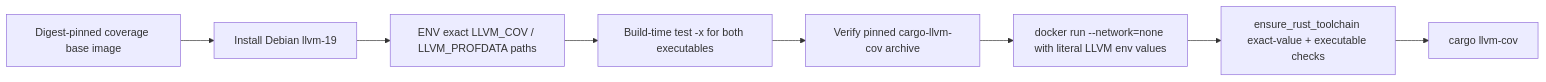
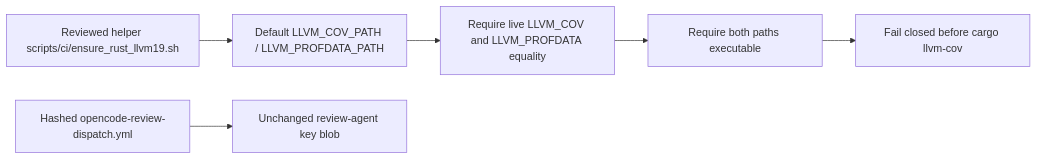
Before and after one commit to ContextualWisdomLab/.github: the diagram in docs/doctoring/opencode-rust-coverage-runtime-boundary.md, drawn with Mermaid. The commit also changed other lines of this file and 8 other files, not shown here.

First line of the commit message:
fix(coverage): keep LLVM 19 boundary off hashed review dispatch

````diff
--- a/docs/doctoring/opencode-rust-coverage-runtime-boundary.md
+++ b/docs/doctoring/opencode-rust-coverage-runtime-boundary.md
@@ -41,10 +40,8 @@
 ```mermaid
 flowchart LR
-  A["Digest-pinned coverage base image"] --> B["Install Debian llvm-19"]
-  B --> C["ENV exact LLVM_COV / LLVM_PROFDATA paths"]
-  C --> D["Build-time test -x for both executables"]
-  D --> E["Verify pinned cargo-llvm-cov archive"]
-  E --> F["docker run --network=none with literal LLVM env values"]
-  F --> G["ensure_rust_toolchain exact-value + executable checks"]
-  G --> H["cargo llvm-cov"]
+  A["Reviewed helper scripts/ci/ensure_rust_llvm19.sh"] --> B["Default LLVM_COV_PATH / LLVM_PROFDATA_PATH"]
+  B --> C["Require live LLVM_COV and LLVM_PROFDATA equality"]
+  C --> D["Require both paths executable"]
+  D --> E["Fail closed before cargo llvm-cov"]
+  F["Hashed opencode-review-dispatch.yml"] --> G["Unchanged review-agent key blob"]
 ```
````
